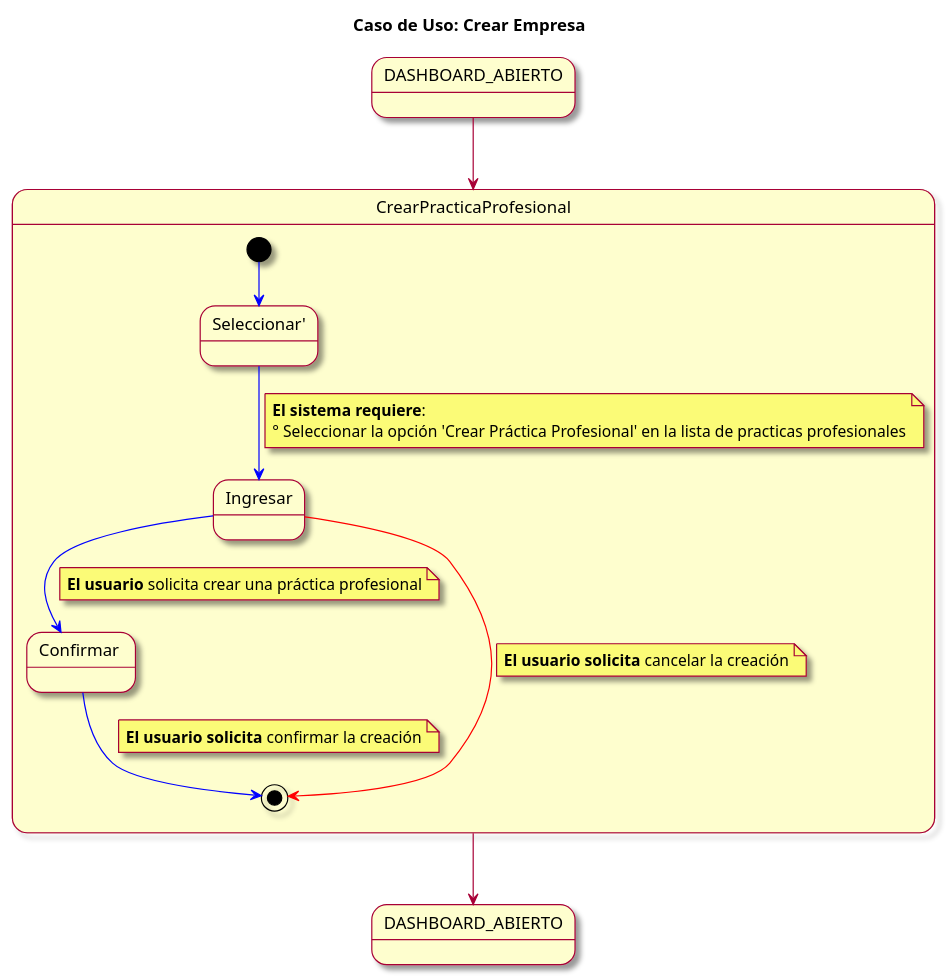
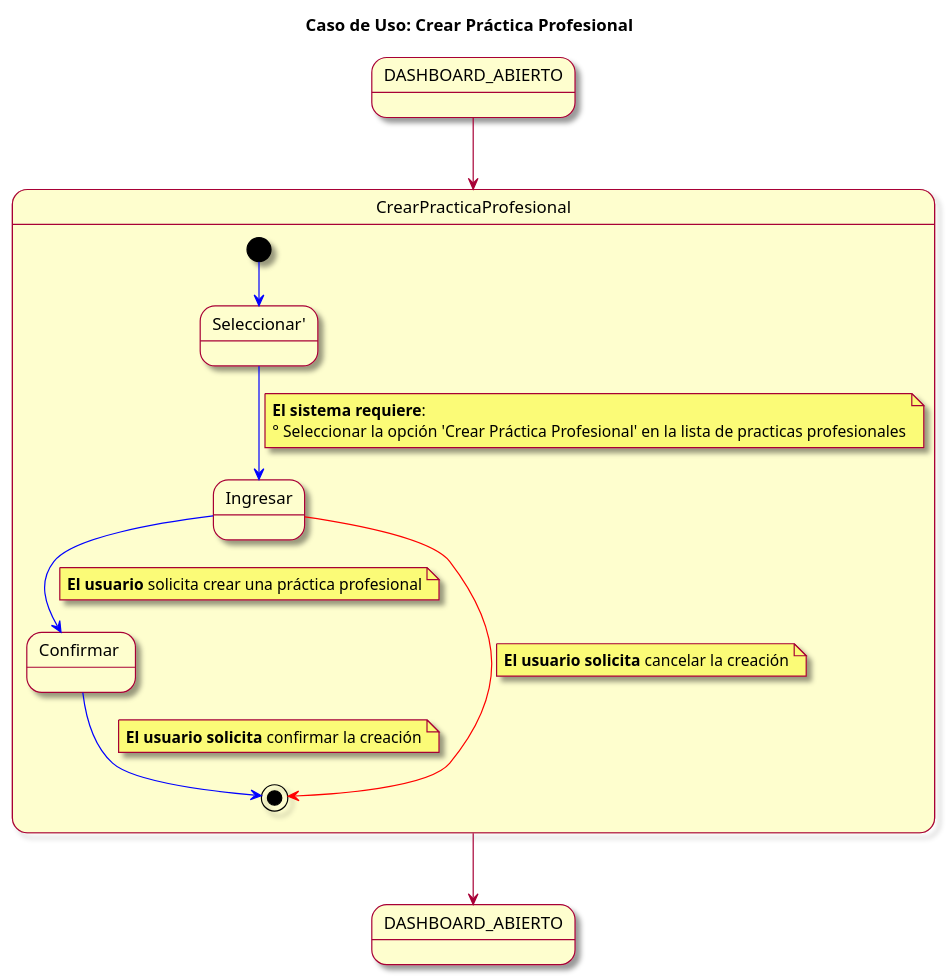
One commit to MRSergio21/CemuUNEAT-Documentacion changed the diagram in digrams/uml/CasosDeUsoDetallados/PracticasProfesionales/cduCrearPracticas.puml. Above: the diagram before and after it, drawn with PlantUML.

```diff
--- a/digrams/uml/CasosDeUsoDetallados/PracticasProfesionales/cduCrearPracticas.puml
+++ b/digrams/uml/CasosDeUsoDetallados/PracticasProfesionales/cduCrearPracticas.puml
@@ -1,29 +1,29 @@
 @startuml
 skin rose
-title Caso de Uso: Crear Empresa
+title Caso de Uso: Crear Práctica Profesional
 
 state "DASHBOARD_ABIERTO" as DASHBOARD_ABIERTO2
 
 DASHBOARD_ABIERTO --> CrearPracticaProfesional
 CrearPracticaProfesional --> DASHBOARD_ABIERTO2
 
 state CrearPracticaProfesional {
   [*] -[#blue]-> seleccionarOpcionCrear
   state "Seleccionar'" as seleccionarOpcionCrear
   seleccionarOpcionCrear -[#blue]-> ingresarDetallesPractica
   note on link
     **El sistema requiere**:
     ° Seleccionar la opción 'Crear Práctica Profesional' en la lista de practicas profesionales
   end note
   state "Ingresar" as ingresarDetallesPractica
   ingresarDetallesPractica -[#blue]-> confirmarCreacionPractica
   note on link: **El usuario** solicita crear una práctica profesional
 
   state "Confirmar " as confirmarCreacionPractica
   confirmarCreacionPractica -[#blue]-> [*]
   note on link: **El usuario solicita** confirmar la creación
 
   ingresarDetallesPractica -[#red]-> [*]
   note on link: **El usuario solicita** cancelar la creación
 }
 @enduml
```
